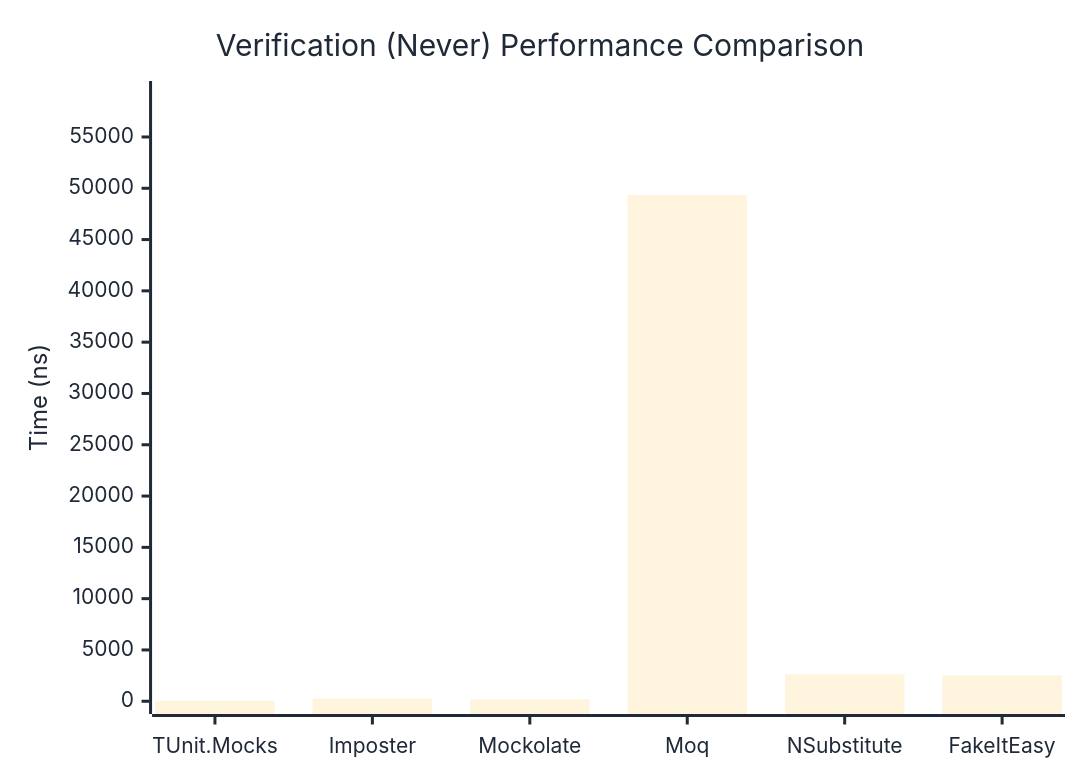
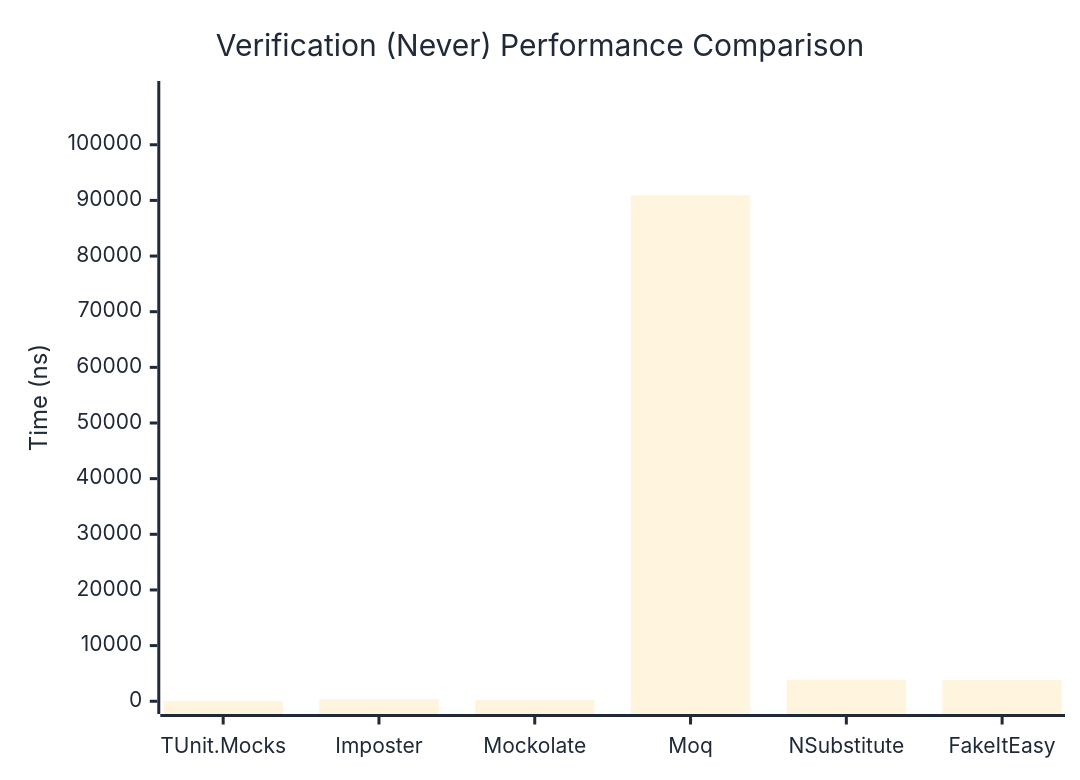
Before and after one commit to thomhurst/TUnit: the second of 3 diagrams in docs/docs/benchmarks/mocks/Verification.md, drawn with Mermaid. The commit also changed other lines of this file and 14 other files, not shown here.

````diff
--- a/docs/docs/benchmarks/mocks/Verification.md
+++ b/docs/docs/benchmarks/mocks/Verification.md
@@ -71,27 +71,27 @@
 ```mermaid
 %%{init: {
   'theme':'base',
   'themeVariables': {
     'primaryColor': '#2563eb',
     'primaryTextColor': '#1f2937',
     'primaryBorderColor': '#1e40af',
     'lineColor': '#6b7280',
     'secondaryColor': '#7c3aed',
     'tertiaryColor': '#dc2626',
     'background': '#ffffff',
     'pie1': '#2563eb',
     'pie2': '#7c3aed',
     'pie3': '#dc2626',
     'pie4': '#f59e0b',
     'pie5': '#10b981',
     'pie6': '#06b6d4',
     'pie7': '#ec4899',
     'pie8': '#6366f1'
   }
 }}%%
 xychart-beta
   title "Verification (Never) Performance Comparison"
   x-axis ["TUnit.Mocks", "Imposter", "Mockolate", "Moq", "NSubstitute", "FakeItEasy"]
-  y-axis "Time (ns)" 0 --> 59213
-  bar [42.41, 257.31, 195.94, 49344.14, 2618.94, 2523.83]
+  y-axis "Time (ns)" 0 --> 109165
+  bar [62.53, 383.58, 258.6, 90970.4, 3865.43, 3774.42]
 ```
````
